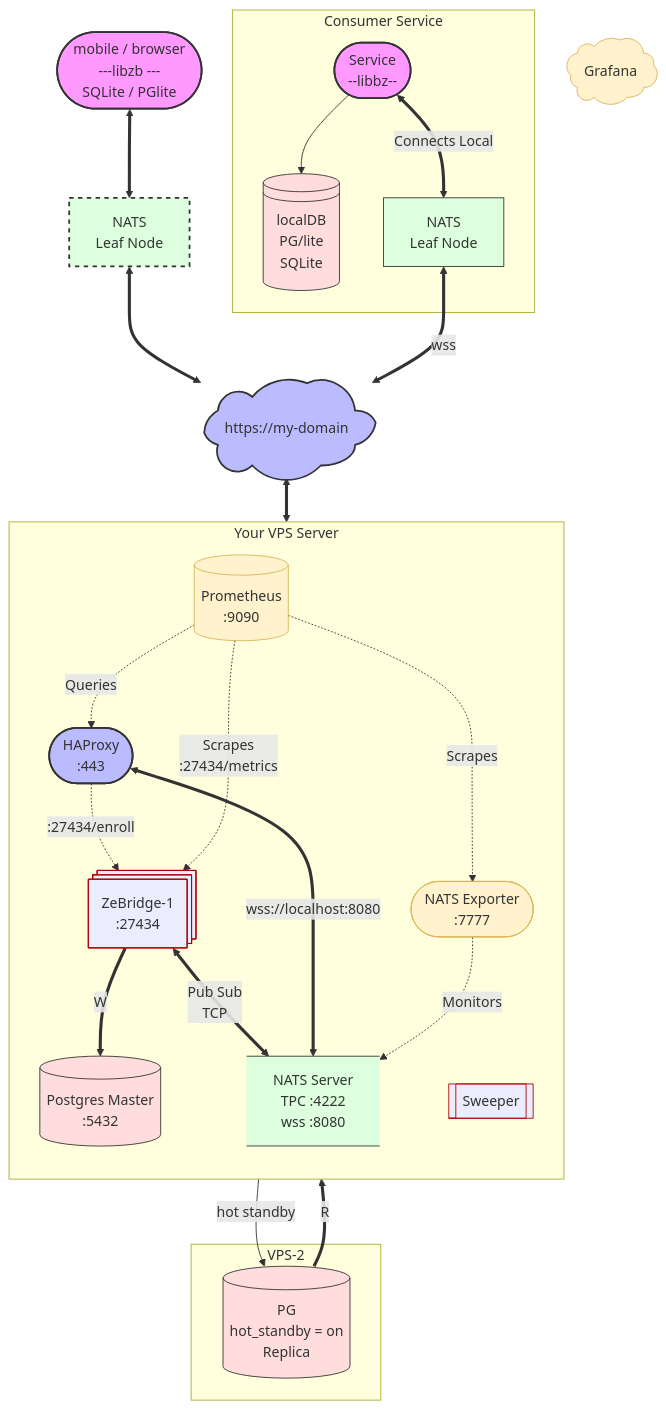
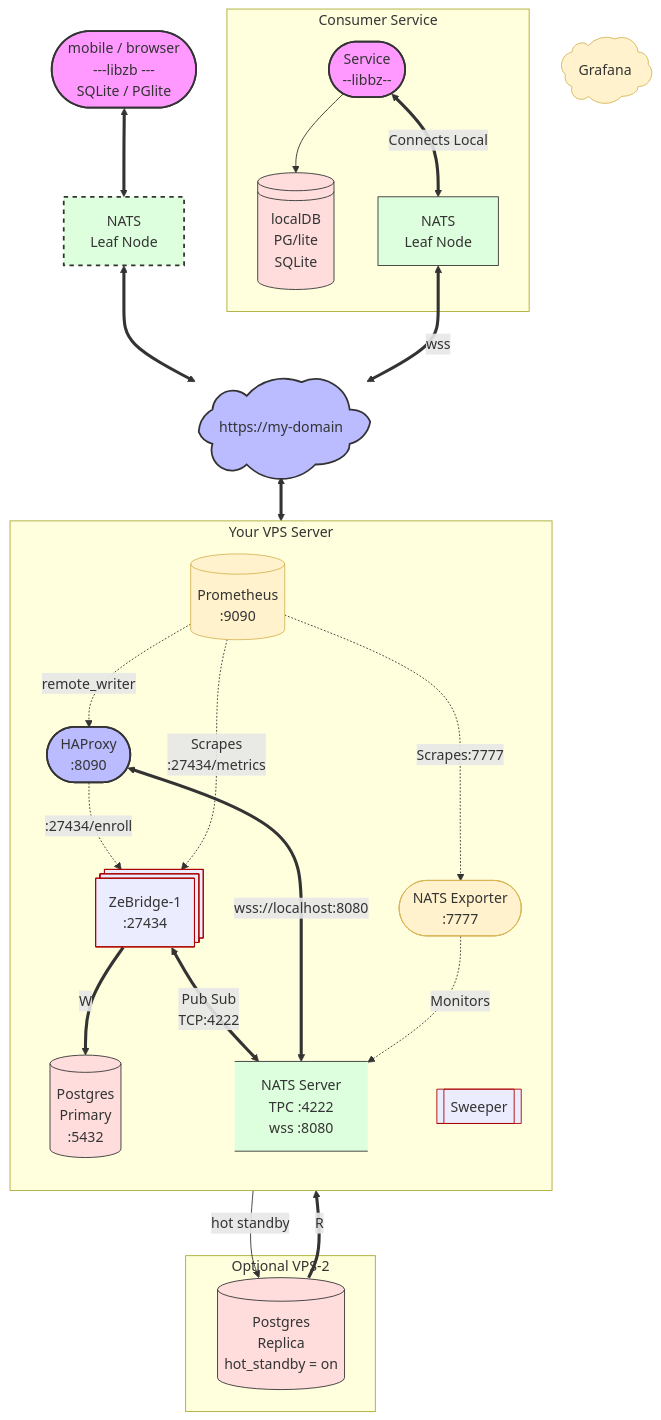
One commit to ndrean/ZeBridge changed the second of 3 diagrams in README.md. Above: the diagram before and after it, drawn with Mermaid. The commit also changed other lines of this file and 16 other files, not shown here.

````diff
--- a/README.md
+++ b/README.md
@@ -170,21 +159,21 @@
         CF([https://my-domain]):::proxy
         CF@{ shape: cloud}
     %% end 
-    subgraph VPS-2
-      PGREP[(PG <br>hot_standby = on<br>Replica)]:::secure
+    subgraph VPS-2 [Optional VPS-2]
+      PGREP[(Postgres<br>Replica <br>hot_standby = on)]:::secure
     end
 
     %% VPS Boundary
     subgraph VPS [Your VPS Server]
         direction TB
         
-        HA([HAProxy<br>:443]):::proxy
+        HA([HAProxy<br>:8090]):::proxy
         %% Internal Apps
         Prom[(Prometheus<br> :9090)]:::telemetry
         NatsExp([NATS Exporter<br>:7777]):::telemetry
         Bridge[[ZeBridge-1<br> :27434]]:::bridge
         Bridge@{shape: st-rect}
-        PG[(Postgres Master <br> :5432)]:::secure
+        PG[(Postgres<br>Primary <br> :5432)]:::secure
         NATS[NATS Server<br> TPC :4222 <br> wss :8080]:::internal
         NATS@{shape: data-store}
         
@@ -213,15 +202,15 @@
     %% Internal Component Dependencies
     PGREP ==>|R|Bridge
     Bridge ==>|W| PG
-    Bridge <==>|Pub Sub  <br> TCP| NATS
+    Bridge <==>|Pub Sub  <br> TCP:4222| NATS
     
     %% HAProxy Internal Layer 7 Routing
     HA -.->|:27434/enroll| Bridge
     HA <==>|wss://localhost:8080| NATS
 
     %% Telemetry Data Flow
-    Prom -.-> |Queries| HA
-    Prom -.->|Scrapes| NatsExp
+    Prom -.-> |remote_writer| HA
+    Prom -.->|Scrapes:7777| NatsExp
     Prom -.->|Scrapes<br>:27434/metrics| Bridge
     NatsExp -.->|Monitors| NATS
 ```
````
